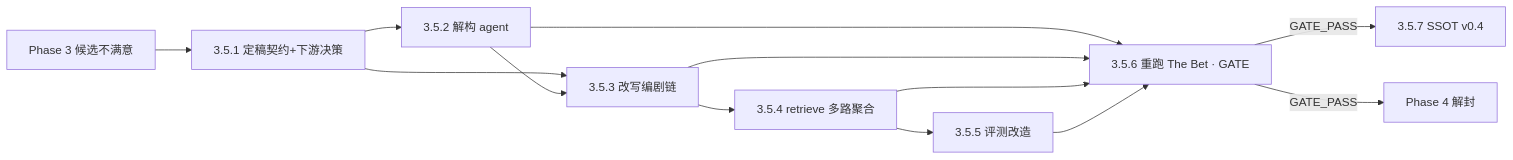
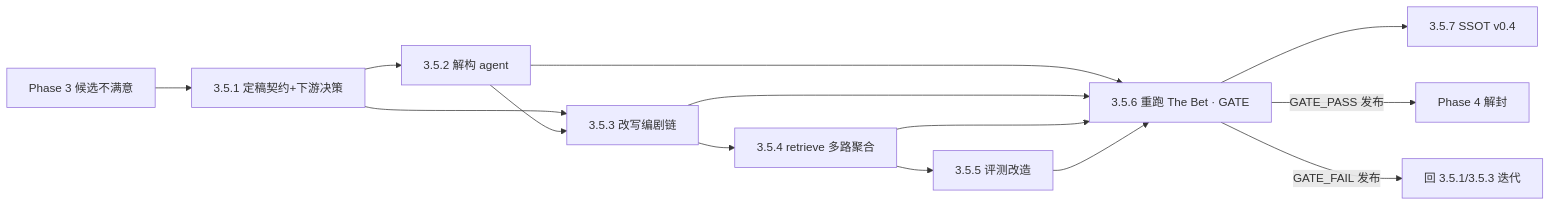
One commit to XYBuilds/themoviecosmos-daily-stargazing changed the diagram in .cursor/plans/Phase3.5-pivot-reality-deconstruction.plan.md. Above: the diagram before and after it, drawn with Mermaid. The commit also changed other lines of this file and 8 other files, not shown here.

First line of the commit message:
docs(phase3.5): p3.5.6-gate-fail-and-p3.5.7-ssot-v04

````diff
--- a/.cursor/plans/Phase3.5-pivot-reality-deconstruction.plan.md
+++ b/.cursor/plans/Phase3.5-pivot-reality-deconstruction.plan.md
@@ -39,24 +39,25 @@
 ```mermaid
 flowchart LR
   P3["Phase 3 候选不满意"]
   T1["3.5.1 定稿契约+下游决策"]
   T2["3.5.2 解构 agent"]
   T3["3.5.3 改写编剧链"]
   T4["3.5.4 retrieve 多路聚合"]
   T5["3.5.5 评测改造"]
   T6["3.5.6 重跑 The Bet · GATE"]
   T7["3.5.7 SSOT v0.4"]
 
   P3 --> T1
   T1 --> T2
   T1 --> T3
   T2 --> T3
   T3 --> T4
   T4 --> T5
   T2 --> T6
   T3 --> T6
   T4 --> T6
   T5 --> T6
-  T6 -->|GATE_PASS| T7
-  T6 -->|GATE_PASS| P4["Phase 4 解封"]
+  T6 --> T7
+  T6 -->|GATE_PASS 发布| P4["Phase 4 解封"]
+  T6 -->|GATE_FAIL 发布| Back["回 3.5.1/3.5.3 迭代"]
 ```
````
